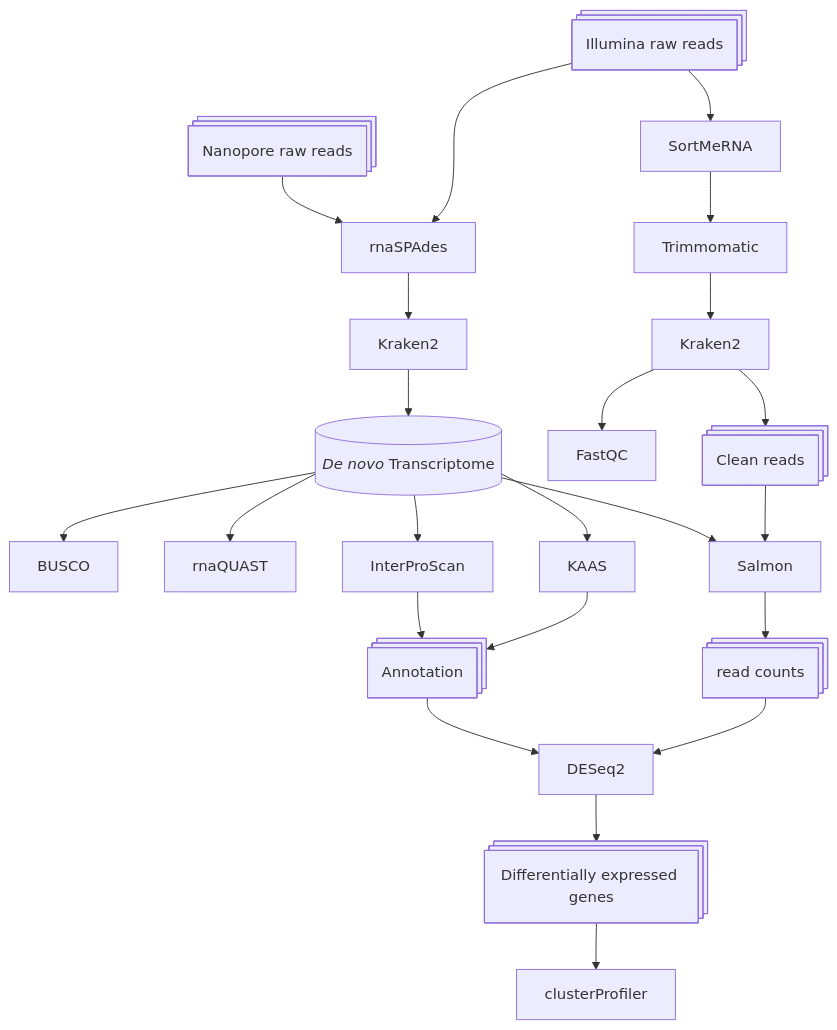
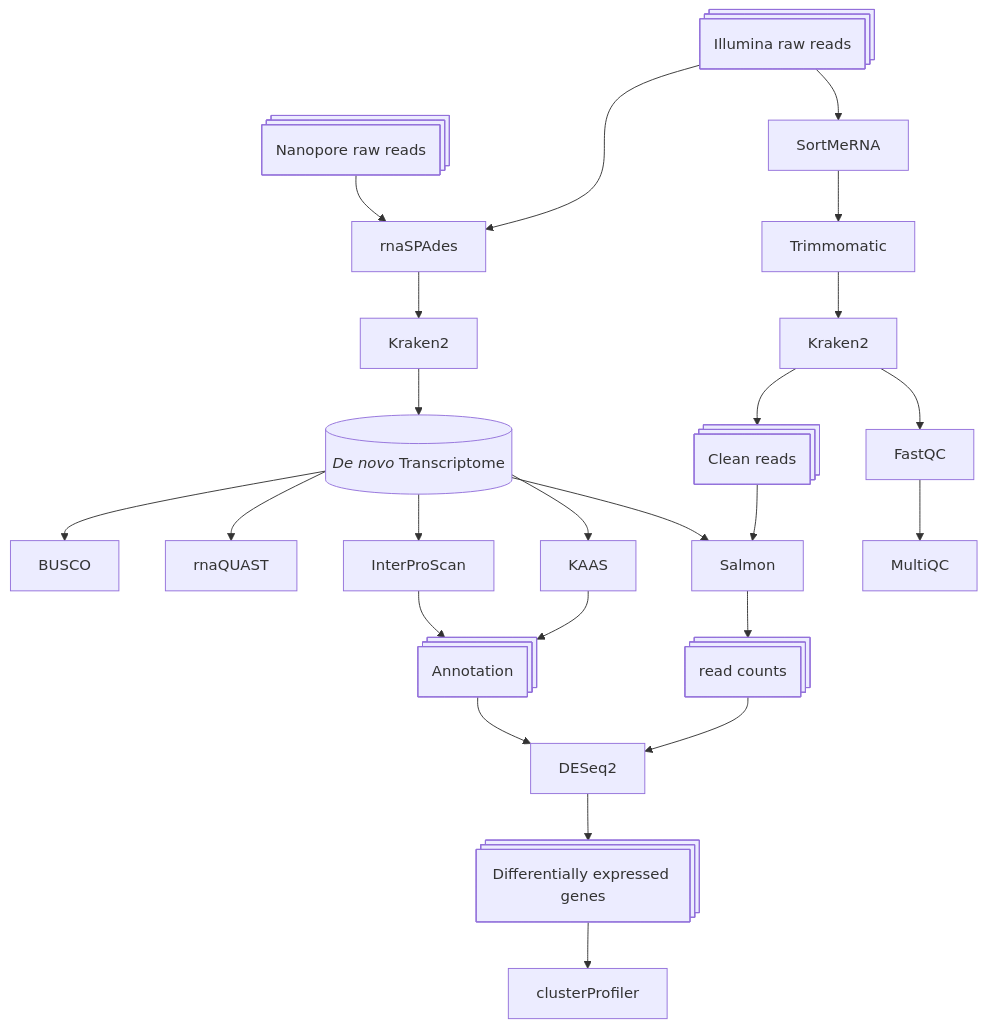
The diagram in README.md (kuprinak/Phragmites_drought_RNAseq), drawn with Mermaid before and after one commit. The commit also changed other lines of this file, not shown here.

````diff
--- a/README.md
+++ b/README.md
@@ -18,25 +18,26 @@
 ```mermaid
 flowchart TB
     A@{shape: procs, label: "Illumina raw reads"} --> B[SortMeRNA];
 AA@{shape: procs, label: "Nanopore raw reads"} --> G[rnaSPAdes];
 K2 -->T@{shape: cyl, label: "_De novo_ Transcriptome"};
     B --> C[Trimmomatic];
     C --> K[Kraken2];
-    K --> E[FastQC];
     K --> F@{shape: procs, label: "Clean reads"};
     A --> G[rnaSPAdes];
     G --> K2[Kraken2];
     T --> BU[BUSCO];
     T --> Q[rnaQUAST];
     T --> I[InterProScan];
     I --> An@{shape: procs, label: "Annotation"};
     KAAS --> An@{shape: procs, label: "Annotation"};
     An --> R;
     T --> KAAS[KAAS];  
     T --> S[Salmon];
     F --> S[Salmon];
     S --> q@{shape: procs, label: "read counts"};
     q --> R[DESeq2];
     R --> DEG@{shape: procs, label: "Differentially expressed genes"};
     DEG --> cl[clusterProfiler];
+    K --> E[FastQC];
+    E --> m[MultiQC];
 ```
````
